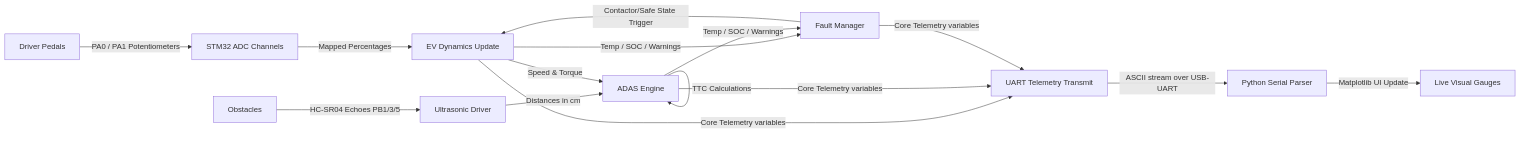
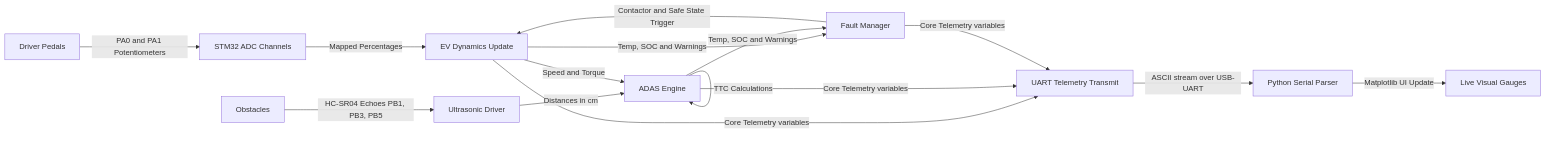
Before and after one commit to ahana4banerjee/ev_adas_dashboard: the fourth of 5 diagrams in README.md, drawn with Mermaid. The commit also changed other lines of this file, not shown here.

Commit message:
docs: clean up README formatting, remove license badge, and standardize mermaid diagram syntax

````diff
--- a/README.md
+++ b/README.md
@@ -236,19 +235,19 @@
 ```mermaid
 graph LR
-    User[Driver Pedals] -->|PA0 / PA1 Potentiometers| STM32_ADC[STM32 ADC Channels]
-    STM32_ADC -->|Mapped Percentages| EV_Dynamics[EV Dynamics Update]
+    User["Driver Pedals"] -->|PA0 and PA1 Potentiometers| STM32_ADC["STM32 ADC Channels"]
+    STM32_ADC -->|Mapped Percentages| EV_Dynamics["EV Dynamics Update"]
     
-    Obstacles[Obstacles] -->|HC-SR04 Echoes PB1/3/5| STM32_US[Ultrasonic Driver]
-    STM32_US -->|Distances in cm| ADAS_Engine[ADAS Engine]
+    Obstacles["Obstacles"] -->|HC-SR04 Echoes PB1, PB3, PB5| STM32_US["Ultrasonic Driver"]
+    STM32_US -->|Distances in cm| ADAS_Engine["ADAS Engine"]
     
-    EV_Dynamics -->|Speed & Torque| ADAS_Engine
+    EV_Dynamics -->|Speed and Torque| ADAS_Engine
     ADAS_Engine -->|TTC Calculations| ADAS_Engine
     
-    EV_Dynamics & ADAS_Engine -->|Temp / SOC / Warnings| Fault_Manager[Fault Manager]
-    Fault_Manager -->|Contactor/Safe State Trigger| EV_Dynamics
+    EV_Dynamics & ADAS_Engine -->|Temp, SOC and Warnings| Fault_Manager["Fault Manager"]
+    Fault_Manager -->|Contactor and Safe State Trigger| EV_Dynamics
     
-    EV_Dynamics & ADAS_Engine & Fault_Manager -->|Core Telemetry variables| UART_Tx[UART Telemetry Transmit]
+    EV_Dynamics & ADAS_Engine & Fault_Manager -->|Core Telemetry variables| UART_Tx["UART Telemetry Transmit"]
     
-    UART_Tx -->|ASCII stream over USB-UART| Py_Parser[Python Serial Parser]
-    Py_Parser -->|Matplotlib UI Update| Live_GUI[Live Visual Gauges]
+    UART_Tx -->|ASCII stream over USB-UART| Py_Parser["Python Serial Parser"]
+    Py_Parser -->|Matplotlib UI Update| Live_GUI["Live Visual Gauges"]
 ```
````
